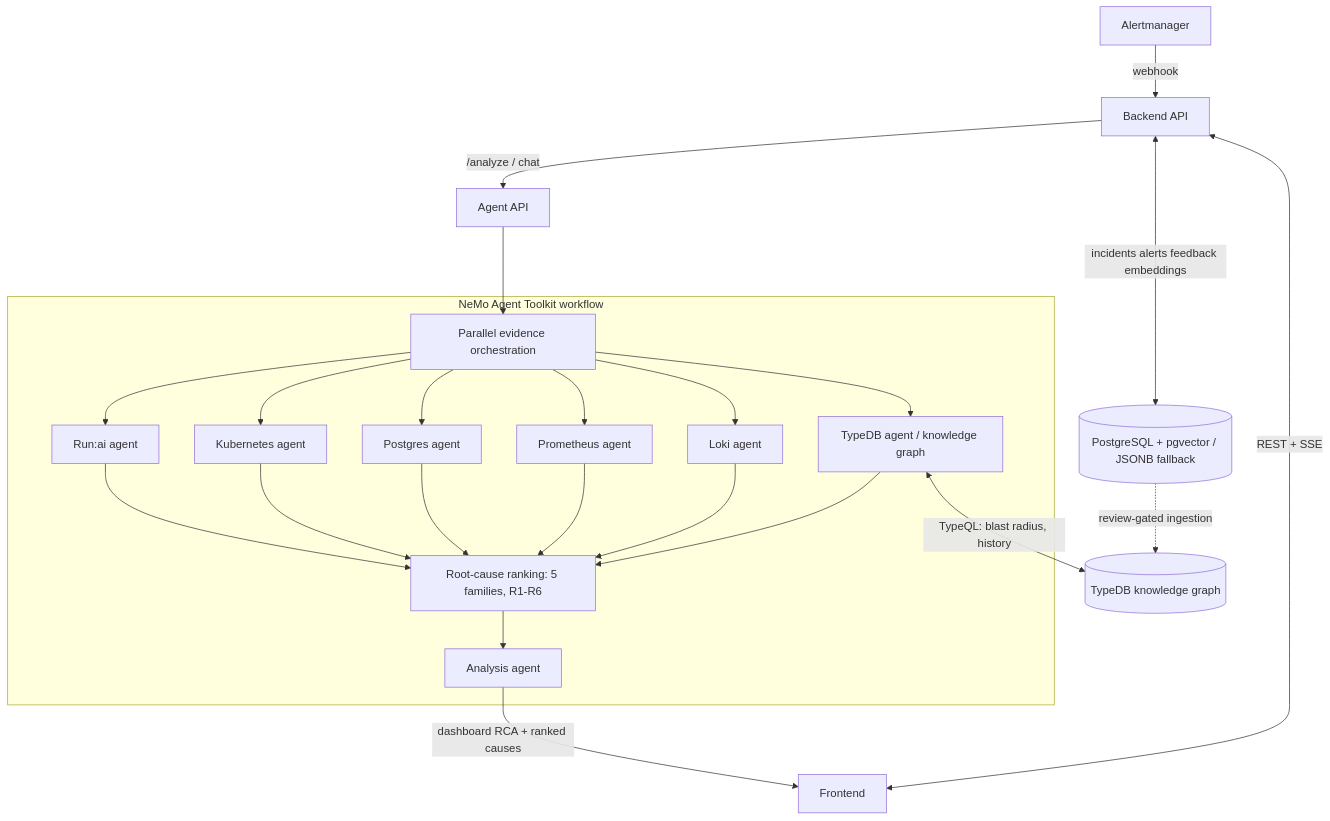
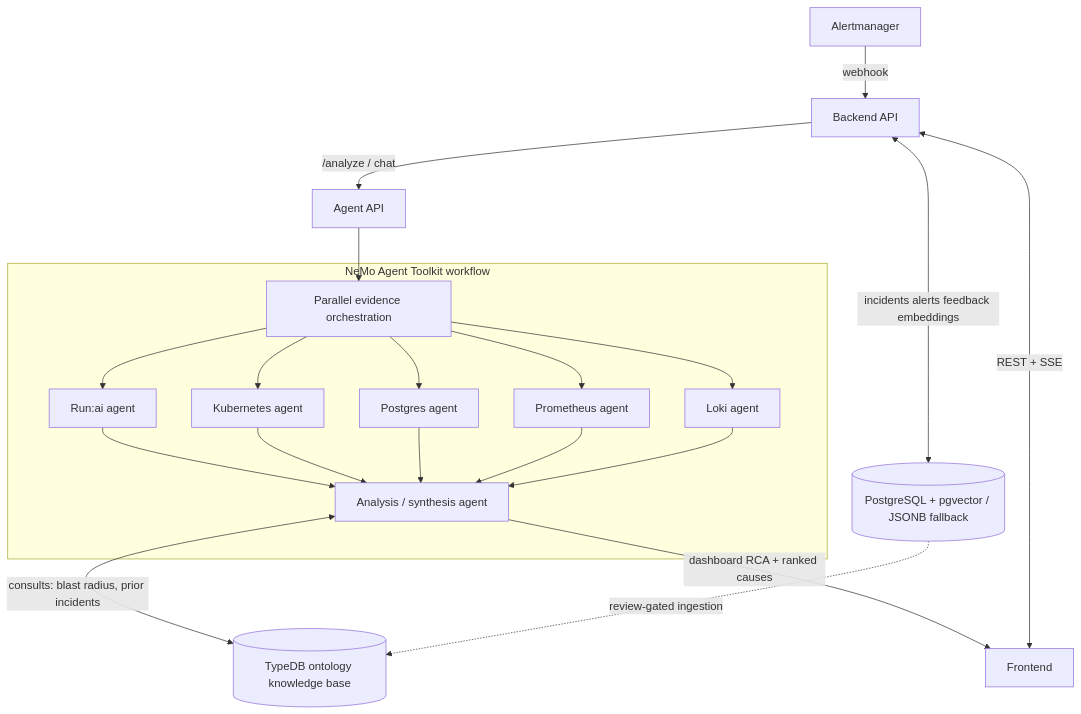
The diagram in README.md (uclix-nvidia-sw/runaiRCA), drawn with Mermaid before and after one commit. The commit also changed other lines of this file and 21 other files, not shown here.

First line of the commit message:
Consult the ontology KG at synthesis and automate its ingestion

````diff
--- a/README.md
+++ b/README.md
@@ -23,28 +23,25 @@
 ```mermaid
 flowchart TD
   AM[Alertmanager] -->|webhook| BE[Backend API]
   FE[Frontend] <-->|REST + SSE| BE
   BE -->|/analyze / chat| AG[Agent API]
   BE <-->|incidents alerts feedback embeddings| DB[(PostgreSQL + pgvector / JSONB fallback)]
 
   subgraph "NeMo Agent Toolkit workflow"
     ORCH[Parallel evidence orchestration]
     RA[Run:ai agent]
     KA[Kubernetes agent]
     DBA[Postgres agent]
     PA[Prometheus agent]
     LA[Loki agent]
-    TG["TypeDB agent / knowledge graph"]
-    RANK["Root-cause ranking: 5 families, R1-R6"]
-    AA[Analysis agent]
+    AA[Analysis / synthesis agent]
   end
 
   AG --> ORCH
-  ORCH --> RA & KA & DBA & PA & LA & TG
-  RA & KA & DBA & PA & LA & TG --> RANK
-  RANK --> AA
+  ORCH --> RA & KA & DBA & PA & LA
+  RA & KA & DBA & PA & LA --> AA
+  AA <-->|"consults: blast radius, prior incidents"| KG[("TypeDB ontology knowledge base")]
   AA -->|dashboard RCA + ranked causes| FE
 
-  TG <-->|"TypeQL: blast radius, history"| KG[("TypeDB knowledge graph")]
   DB -.->|review-gated ingestion| KG
 ```
````
